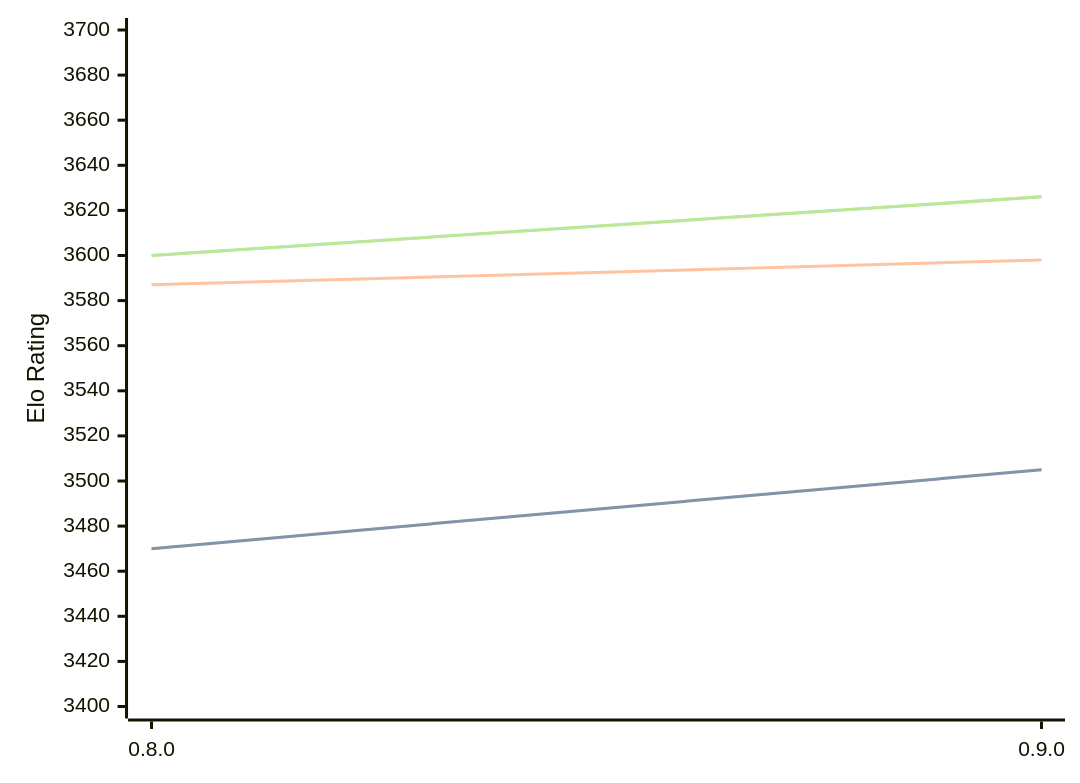
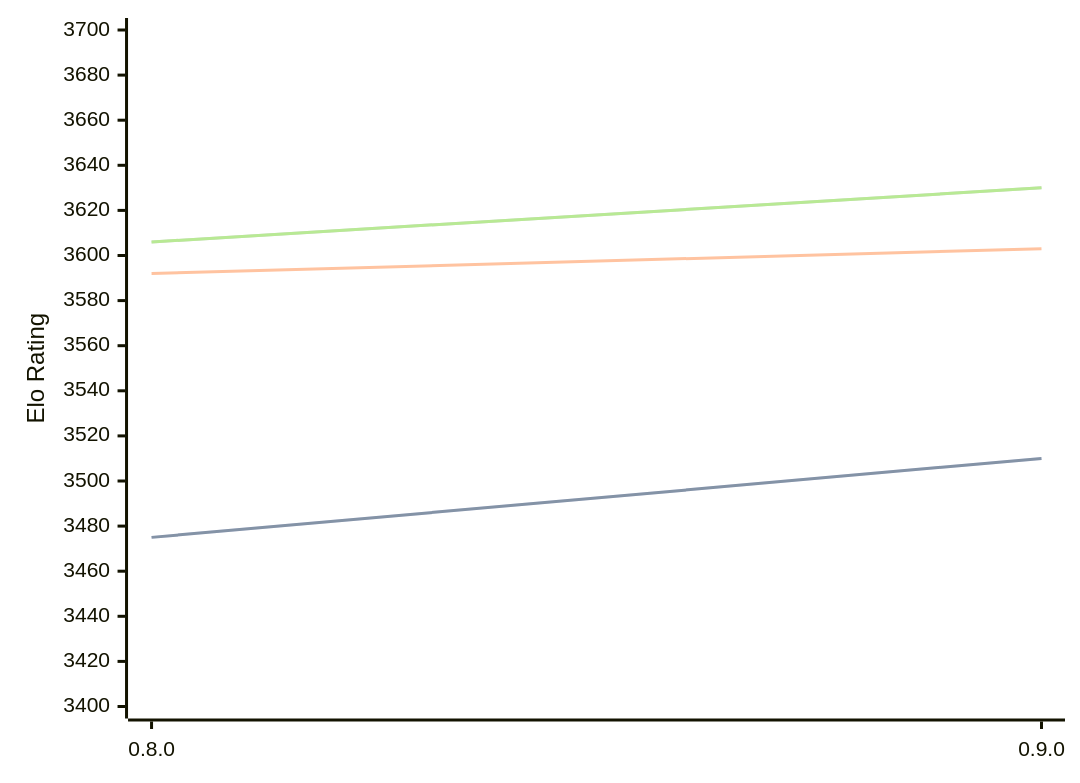
One commit to computer-chess-index/cci changed the diagram in engines/Reckless.md. Above: the diagram before and after it, drawn with Mermaid. The commit also changed other lines of this file, not shown here.

Commit message:
Update CCI Ratings (ELO VLTC) - 2026-04-14

````diff
--- a/engines/Reckless.md
+++ b/engines/Reckless.md
@@ -39,11 +39,11 @@
 ```mermaid
 %%{init: {"theme":"base","themeVariables":{"seriesColors:['#a3a3a3','#222221','#faa371']}}}%%
 xychart-beta
   x-axis ["0.8.0", "0.9.0"]
   y-axis "Elo Rating" 3400 --> 3700
-  line "STC (8.0+0.08s)" [3470, 3505]
-  line "STC (8.0+0.08s)" [3470, 3505]
-  line "LTC (60.0+0.60s)" [3587, 3598]
-  line "VLTC (2m24s+1.12s)" [3600, 3626]
-  line "VLTC (2m24s+1.12s)" [3600, 3626]
+  line "STC (8.0+0.08s)" [3475, 3510]
+  line "STC (8.0+0.08s)" [3475, 3510]
+  line "LTC (60.0+0.60s)" [3592, 3603]
+  line "VLTC (2m24s+1.12s)" [3606, 3630]
+  line "VLTC (2m24s+1.12s)" [3606, 3630]
 ```
````
